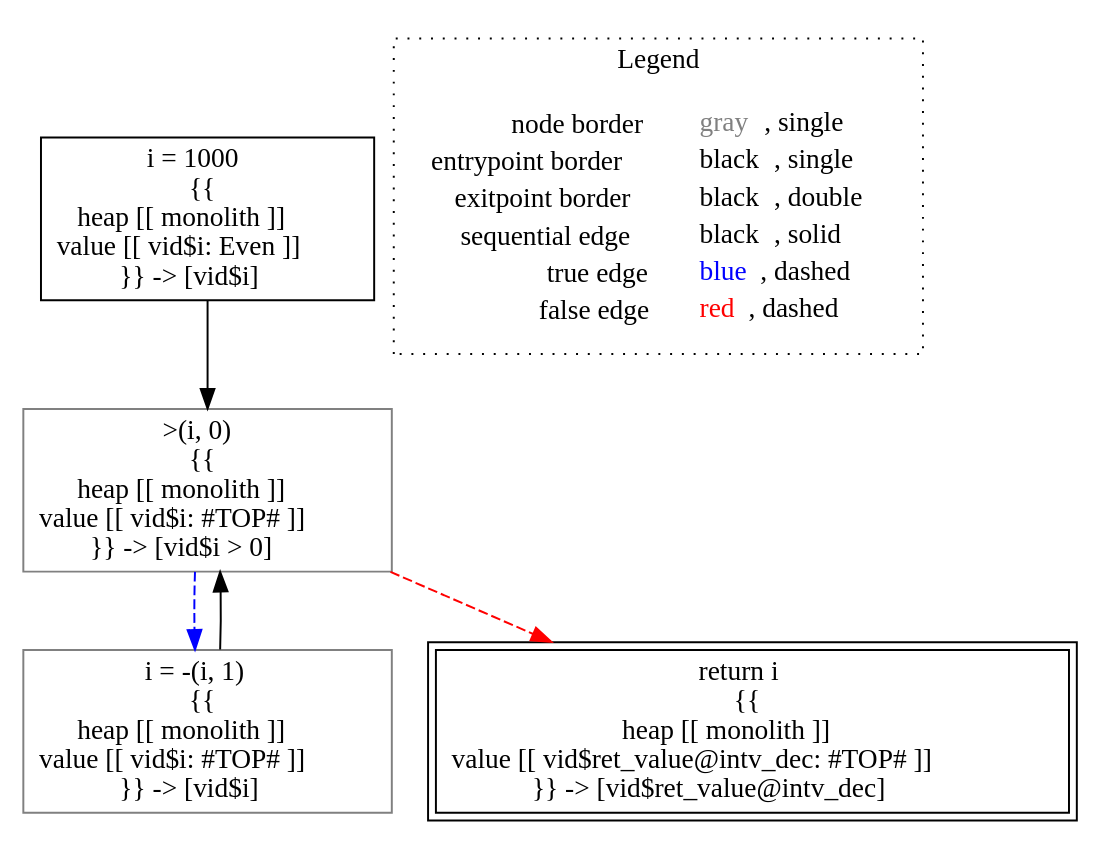
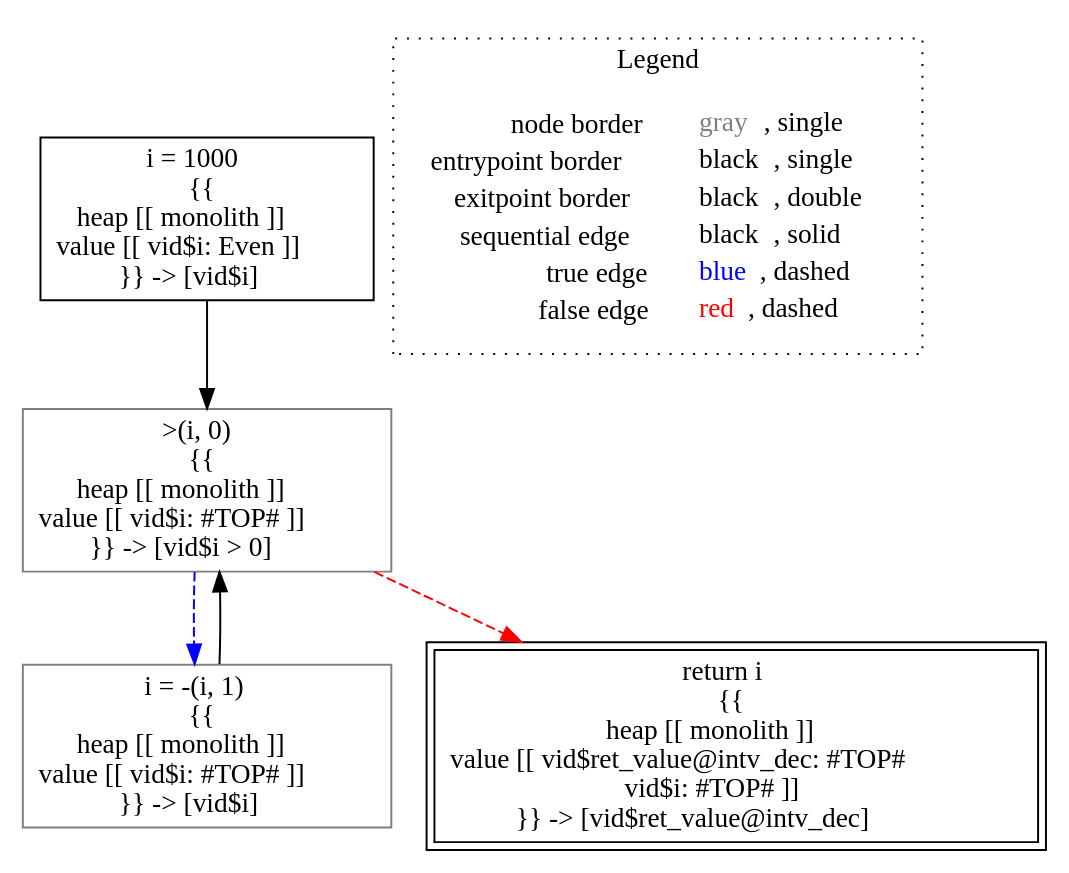
The diagram in lisa/imp-testcases/parity/analysis___untyped_tutorial.intv_dec().dot (lisa-analyzer/lisa), drawn with Graphviz before and after one commit. The commit also changed 30 other files, not shown here.

```diff
--- a/lisa/imp-testcases/parity/analysis___untyped_tutorial.intv_dec().dot
+++ b/lisa/imp-testcases/parity/analysis___untyped_tutorial.intv_dec().dot
@@ -1,17 +1,17 @@
 digraph {
 	"node0" [shape="rect",color="black",label=<i = 1000<BR/>{{<BR/>heap [[ monolith ]]<BR/>value [[ vid$i: Even ]]<BR/>}} -&gt; [vid$i]>];
 	"node1" [shape="rect",color="gray",label=<i = -(i, 1)<BR/>{{<BR/>heap [[ monolith ]]<BR/>value [[ vid$i: #TOP# ]]<BR/>}} -&gt; [vid$i]>];
-	"node2" [shape="rect",color="black",peripheries="2",label=<return i<BR/>{{<BR/>heap [[ monolith ]]<BR/>value [[ vid$ret_value@intv_dec: #TOP# ]]<BR/>}} -&gt; [vid$ret_value@intv_dec]>];
+	"node2" [shape="rect",color="black",peripheries="2",label=<return i<BR/>{{<BR/>heap [[ monolith ]]<BR/>value [[ vid$ret_value@intv_dec: #TOP#<BR/>vid$i: #TOP# ]]<BR/>}} -&gt; [vid$ret_value@intv_dec]>];
 	"node3" [shape="rect",color="gray",label=<&gt;(i, 0)<BR/>{{<BR/>heap [[ monolith ]]<BR/>value [[ vid$i: #TOP# ]]<BR/>}} -&gt; [vid$i &gt; 0]>];
 	"node1" -> "node3" [color="black"];
 	"node0" -> "node3" [color="black"];
 	"node3" -> "node1" [color="blue",style="dashed"];
 	"node3" -> "node2" [color="red",style="dashed"];
 subgraph cluster_legend {
 	label="Legend";
 	style=dotted;
 	node [shape=plaintext];
 	"legend" [label=<<table border="0" cellpadding="2" cellspacing="0" cellborder="0"><tr><td align="right">node border&nbsp;</td><td align="left"><font color="gray">gray</font>, single</td></tr><tr><td align="right">entrypoint border&nbsp;</td><td align="left"><font color="black">black</font>, single</td></tr><tr><td align="right">exitpoint border&nbsp;</td><td align="left"><font color="black">black</font>, double</td></tr><tr><td align="right">sequential edge&nbsp;</td><td align="left"><font color="black">black</font>, solid</td></tr><tr><td align="right">true edge&nbsp;</td><td align="left"><font color="blue">blue</font>, dashed</td></tr><tr><td align="right">false edge&nbsp;</td><td align="left"><font color="red">red</font>, dashed</td></tr></table>>];
 }
 
 }
```
